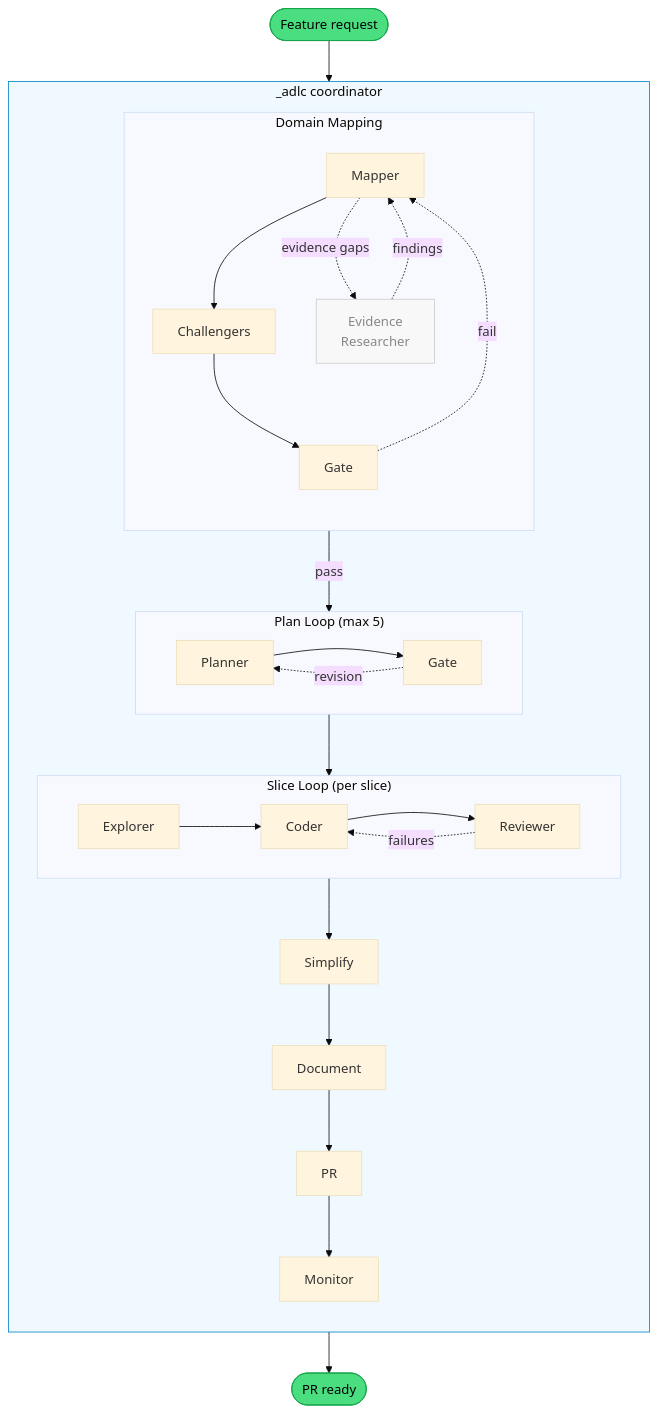
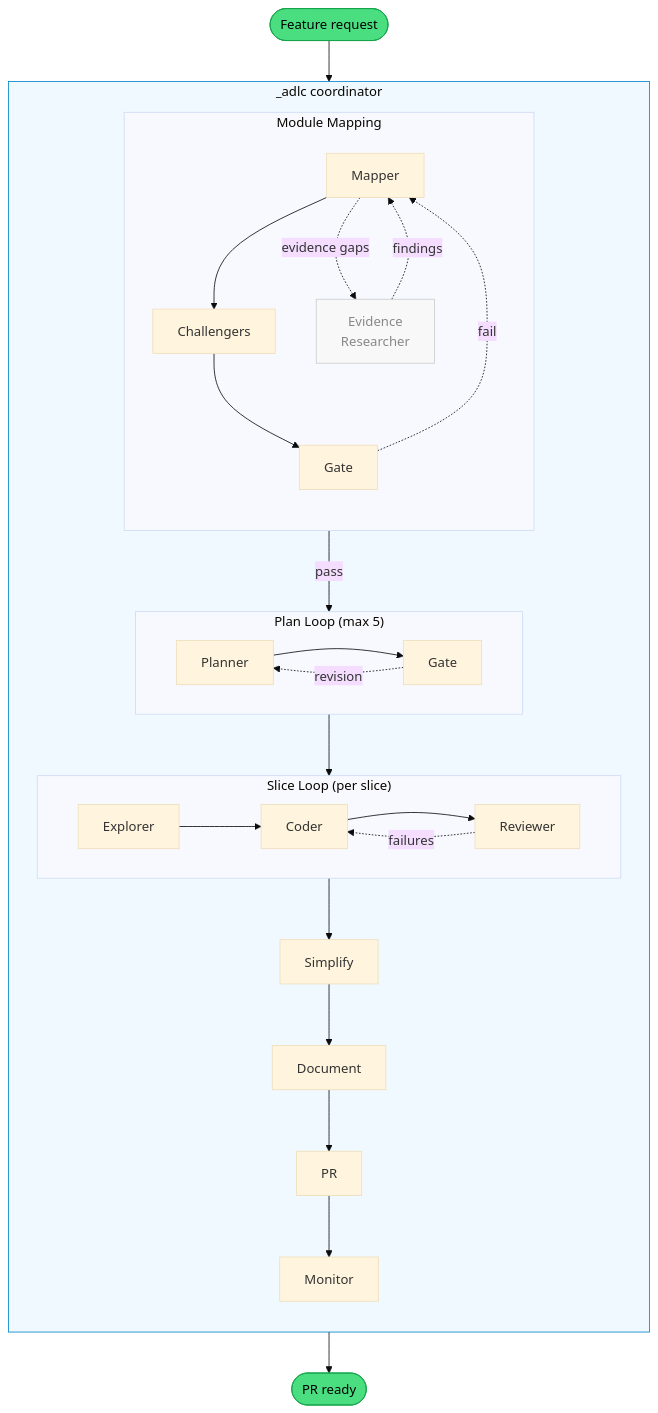
The diagram in README.md (patricklafrance/plantz-claude-v2), drawn with Mermaid (base theme) before and after one commit. The commit also changed other lines of this file and 26 other files, not shown here.

Commit message:
refactor(adlc): rename domain-mapper to module-mapper across agent harness

````diff
--- a/README.md
+++ b/README.md
@@ -60,40 +60,40 @@
 ```mermaid
 flowchart TD
     Start([Feature request]) --> Coord
 
     subgraph Coord["_adlc coordinator"]
         direction TB
 
-        subgraph Domain["Domain Mapping"]
+        subgraph ModuleMap["Module Mapping"]
             direction TB
             Mapper --> Challengers --> Gate
             Mapper -. "evidence gaps" .-> Evidence["Evidence\nResearcher"] -. findings .-> Mapper
             Gate -. "fail" .-> Mapper
         end
 
         Gate -- "pass" --> PlanLoop
 
         subgraph PlanLoop["Plan Loop (max 5)"]
             direction LR
             Planner --> PlanGate["Gate"]
             PlanGate -. "revision" .-> Planner
         end
 
         PlanLoop --> SliceLoop
 
         subgraph SliceLoop["Slice Loop (per slice)"]
             direction LR
             Explorer --> Coder --> Reviewer
             Reviewer -. "failures" .-> Coder
         end
 
         SliceLoop --> Simplify --> Document --> PR --> Monitor
     end
 
     Monitor --> Done([PR ready])
 
     style Start fill:#4ade80,stroke:#16a34a,color:#000
     style Done fill:#4ade80,stroke:#16a34a,color:#000
     style Coord fill:#f0f9ff,stroke:#0284c7
     style Evidence fill:#f8f8f8,stroke:#ccc,color:#888
 ```
````
